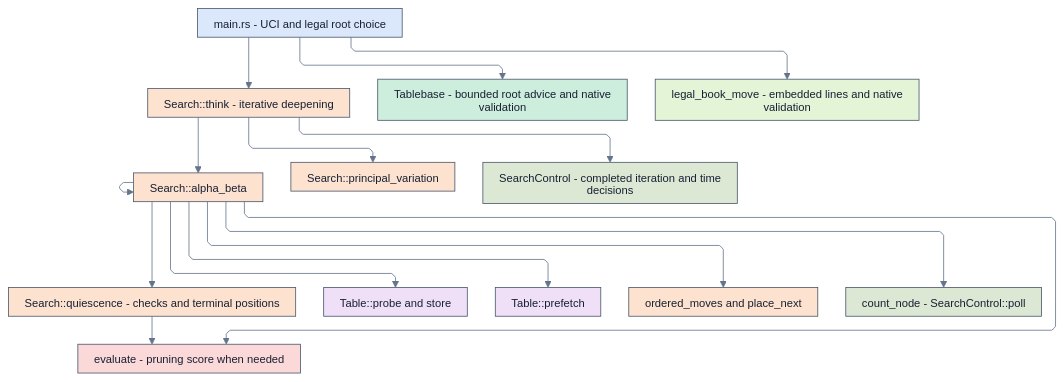
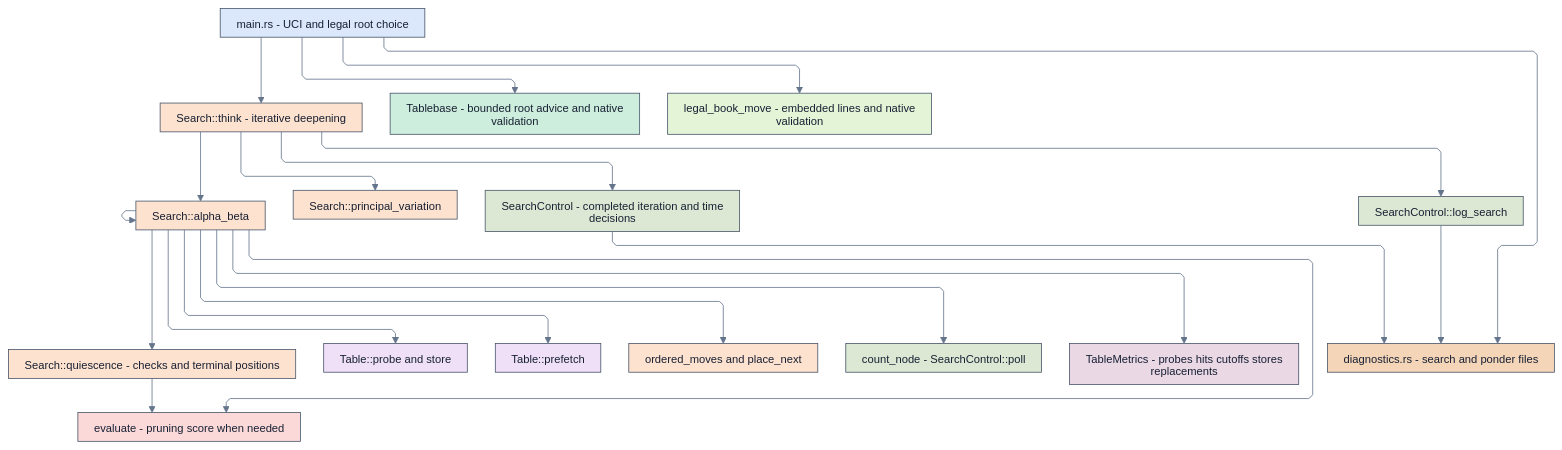
Before and after one commit to dbiersach/remus: the diagram in docs/engines/Remus5-Rust/mermaid/search.mmd, drawn with Mermaid. The commit also changed 34 other files, not shown here.

```diff
--- a/docs/engines/Remus5-Rust/mermaid/search.mmd
+++ b/docs/engines/Remus5-Rust/mermaid/search.mmd
@@ -1,53 +1,63 @@
 ---
 config:
   layout: elk
   theme: base
   htmlLabels: false
   themeVariables:
     fontFamily: Arial
     fontSize: 14px
     lineColor: '#64748b'
     primaryTextColor: '#172033'
   flowchart:
     htmlLabels: false
     curve: linear
     wrappingWidth: 320
     nodeSpacing: 24
     rankSpacing: 45
     padding: 10
 ---
 flowchart TD
     UCI[main.rs - UCI and legal root choice] --> Think[Search::think - iterative deepening]
     Think --> AB[Search::alpha_beta]
     AB --> AB
     AB --> Q[Search::quiescence - checks and terminal positions]
     AB --> TT[Table::probe and store]
     AB --> Prefetch[Table::prefetch]
     AB --> Eval[evaluate - pruning score when needed]
     Q --> Eval
     AB --> Order[ordered_moves and place_next]
     Think --> PV[Search::principal_variation]
     Think --> Control[SearchControl - completed iteration and time decisions]
     AB --> Poll[count_node - SearchControl::poll]
     UCI --> Advice[Tablebase - bounded root advice and native validation]
     UCI --> Book[legal_book_move - embedded lines and native validation]
+    AB --> Metrics[TableMetrics - probes hits cutoffs stores replacements]
+    Think --> Log[SearchControl::log_search]
+    Control --> Files[diagnostics.rs - search and ponder files]
+    Log --> Files
+    UCI --> Files
     class AB module_search;
     class Advice module_tablebase;
     class Book module_opening_book;
     class Control module_search_control;
     class Eval module_evaluation;
+    class Files module_diagnostics;
+    class Log module_search_control;
+    class Metrics module_table_metrics;
     class Order module_search;
     class PV module_search;
     class Poll module_search_control;
     class Prefetch module_transposition_table;
     class Q module_search;
     class TT module_transposition_table;
     class Think module_search;
     class UCI module_uci;
+    classDef module_diagnostics fill:#f5d5b8,stroke:#475569,stroke-width:1px,color:#172033;
     classDef module_evaluation fill:#fbd9d9,stroke:#475569,stroke-width:1px,color:#172033;
     classDef module_opening_book fill:#e3f4d7,stroke:#475569,stroke-width:1px,color:#172033;
     classDef module_search fill:#fde2cf,stroke:#475569,stroke-width:1px,color:#172033;
     classDef module_search_control fill:#dce8d4,stroke:#475569,stroke-width:1px,color:#172033;
+    classDef module_table_metrics fill:#ead8e5,stroke:#475569,stroke-width:1px,color:#172033;
     classDef module_tablebase fill:#cdeedc,stroke:#475569,stroke-width:1px,color:#172033;
     classDef module_transposition_table fill:#efe0f7,stroke:#475569,stroke-width:1px,color:#172033;
     classDef module_uci fill:#dbe8fb,stroke:#475569,stroke-width:1px,color:#172033;
```
